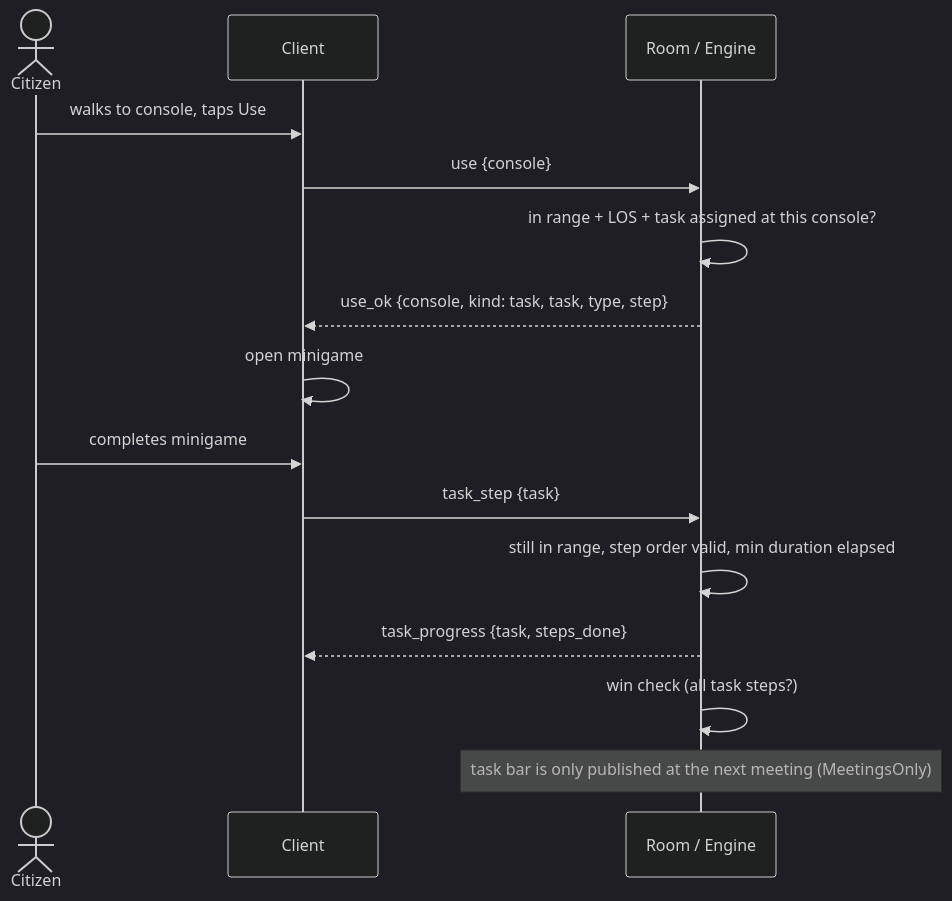
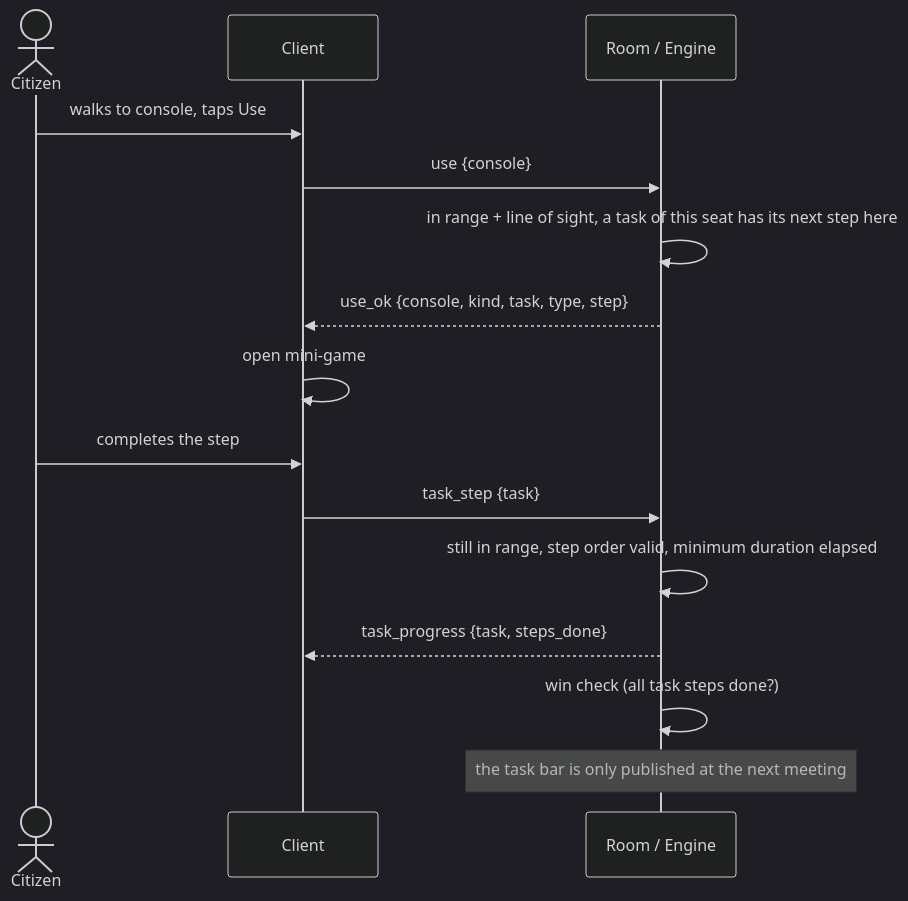
Before and after one commit to Faouzi-Blibech/EcoSus-Uncycled: the third of 11 diagrams in docs/architecture/05-sequences.md, drawn with Mermaid (dark theme). The commit also changed other lines of this file and 11 other files, not shown here.

Commit message:
docs: second design review (2026-11-14) for the architecture views and the design spec

````diff
--- a/docs/architecture/05-sequences.md
+++ b/docs/architecture/05-sequences.md
@@ -60,17 +63,17 @@
 ```mermaid
 sequenceDiagram
     actor P as Citizen
     participant C as Client
     participant R as Room / Engine
     P->>C: walks to console, taps Use
     C->>R: use {console}
-    R->>R: in range + LOS + task assigned at this console?
-    R-->>C: use_ok {console, kind: task, task, type, step}
-    C->>C: open minigame
-    P->>C: completes minigame
+    R->>R: in range + line of sight, a task of this seat has its next step here
+    R-->>C: use_ok {console, kind, task, type, step}
+    C->>C: open mini-game
+    P->>C: completes the step
     C->>R: task_step {task}
-    R->>R: still in range, step order valid, min duration elapsed
+    R->>R: still in range, step order valid, minimum duration elapsed
     R-->>C: task_progress {task, steps_done}
-    R->>R: win check (all task steps?)
-    Note over R: task bar is only published at the next meeting (MeetingsOnly)
+    R->>R: win check (all task steps done?)
+    Note over R: the task bar is only published at the next meeting
 ```
````
